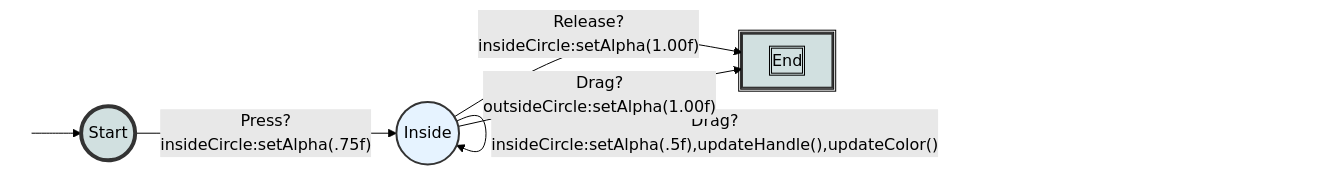
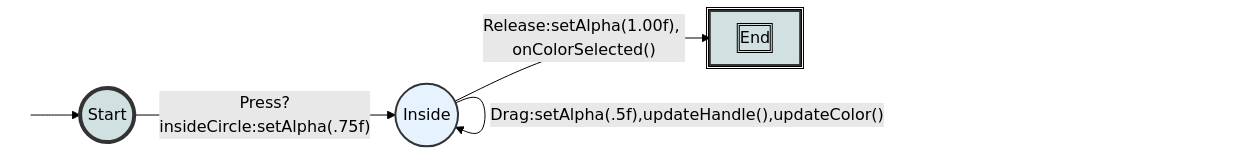
The diagram in assignments/colorpicker.md (jmankoff/interaction), drawn with Mermaid (forest theme) before and after one commit. The commit also changed other lines of this file and 3 other files, not shown here.

```diff
--- a/assignments/colorpicker.md
+++ b/assignments/colorpicker.md
@@ -39,18 +39,18 @@
 <div class="mermaid">
 graph LR
 S((.)) --> A((Start))
 A -- "Press?insideCircle:setAlpha(.75f)" --> I((Inside))
-I -- "Release?insideCircle:setAlpha(1.00f)" --> E[End]
-I -- "Drag?insideCircle:setAlpha(.5f),updateHandle(),updateColor()" --> I
-I -- "Drag?outsideCircle:setAlpha(1.00f)" --> E
+I -- "Release:setAlpha(1.00f), onColorSelected()" --> E[End]
+I -- "Drag:setAlpha(.5f),updateHandle(),updateColor()" --> I
 
 classDef finish outline-style:double,fill:#d1e0e0,stroke:#333,stroke-width:2px;
 classDef normal fill:#e6f3ff,stroke:#333,stroke-width:2px;
 classDef start fill:#d1e0e0,stroke:#333,stroke-width:4px;
 classDef invisible fill:#FFFFFF,stroke:#FFFFFF,color:#FFFFFF
 
 class S invisible
 class A start
 class E finish
 class I normal
+
 </div>
```
